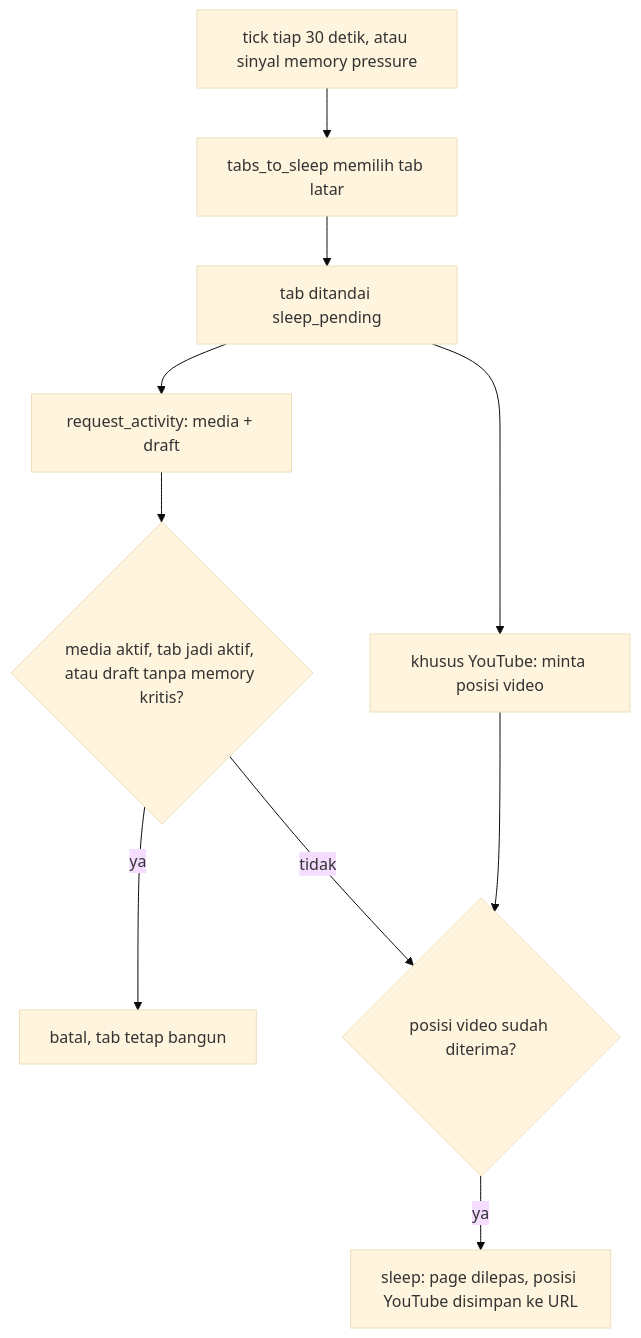
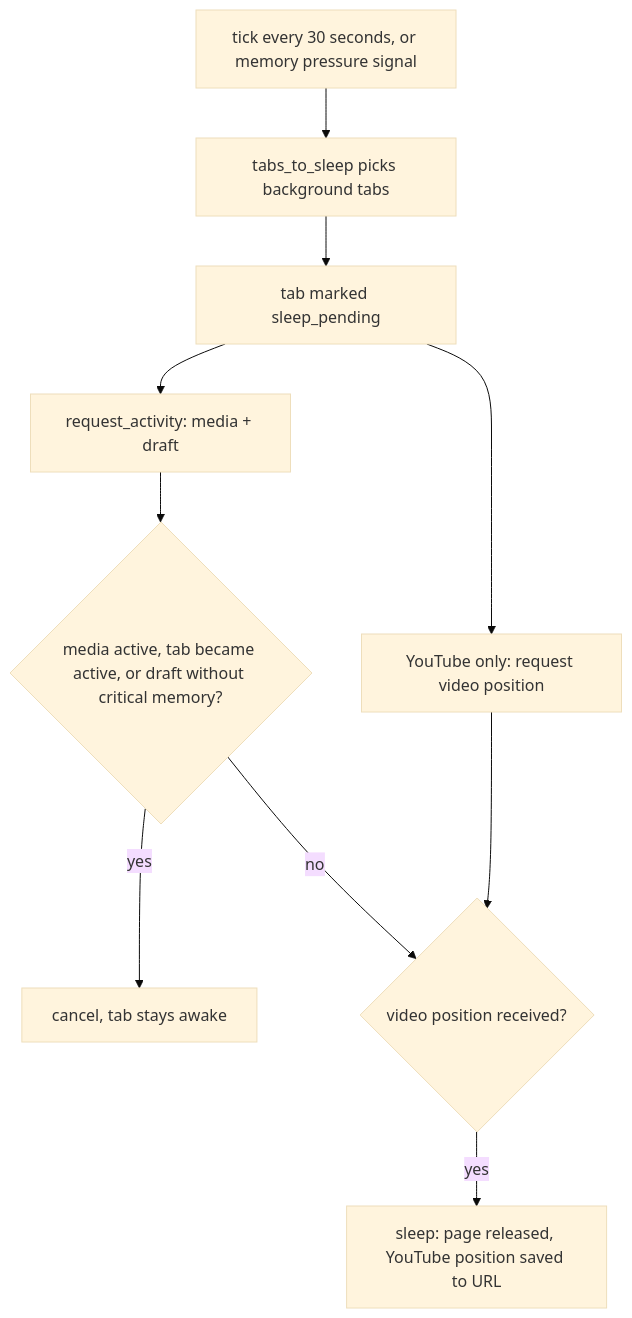
One commit to deryfebriantara/My-browser changed the diagram in docs/tab-sleep.md. Above: the diagram before and after it, drawn with Mermaid (base theme). The commit also changed other lines of this file and 18 other files, not shown here.

````diff
--- a/docs/tab-sleep.md
+++ b/docs/tab-sleep.md
@@ -41,12 +41,12 @@
 ```mermaid
 flowchart TD
-  A[tick tiap 30 detik, atau sinyal memory pressure] --> B[tabs_to_sleep memilih tab latar]
-  B --> C[tab ditandai sleep_pending]
+  A[tick every 30 seconds, or memory pressure signal] --> B[tabs_to_sleep picks background tabs]
+  B --> C[tab marked sleep_pending]
   C --> D[request_activity: media + draft]
-  C --> E[khusus YouTube: minta posisi video]
-  D --> F{media aktif, tab jadi aktif, atau draft tanpa memory kritis?}
-  F -->|ya| G[batal, tab tetap bangun]
-  F -->|tidak| H{posisi video sudah diterima?}
+  C --> E[YouTube only: request video position]
+  D --> F{media active, tab became active, or draft without critical memory?}
+  F -->|yes| G[cancel, tab stays awake]
+  F -->|no| H{video position received?}
   E --> H
-  H -->|ya| I[sleep: page dilepas, posisi YouTube disimpan ke URL]
+  H -->|yes| I[sleep: page released, YouTube position saved to URL]
 ```
````
